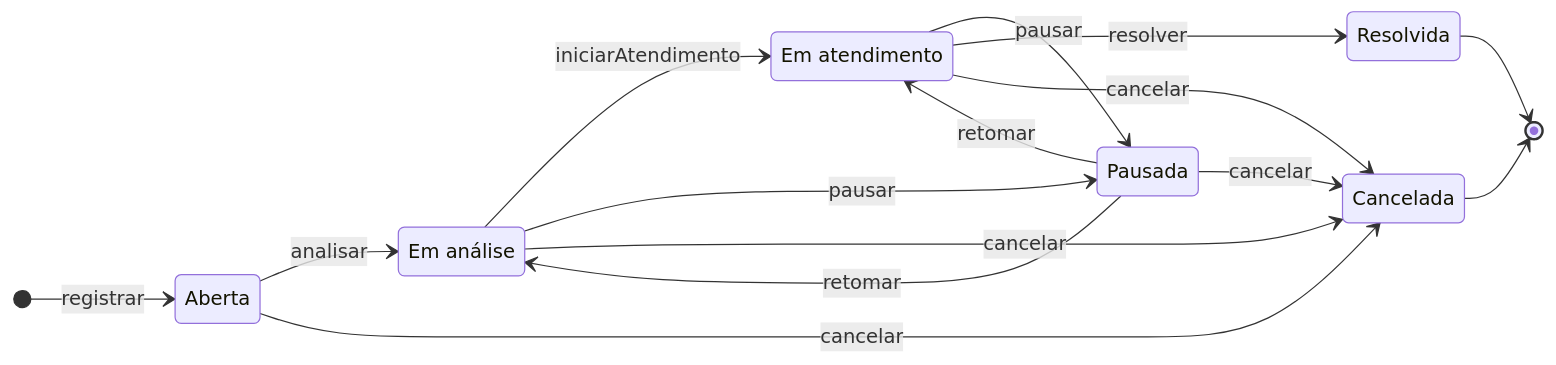
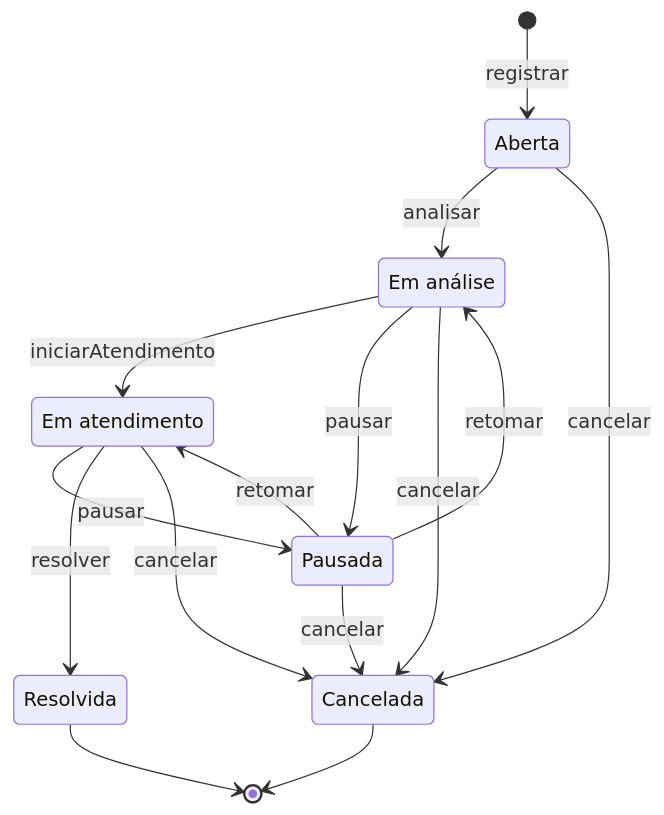
The diagram in docs/dominio.md (natanjunior/8FSDT-Hackathon), drawn with Mermaid before and after one commit. The commit also changed other lines of this file and 8 other files, not shown here.

````diff
--- a/docs/dominio.md
+++ b/docs/dominio.md
@@ -27,20 +27,20 @@
 ```mermaid
 stateDiagram-v2
-    direction LR
+    direction TB
     [*] --> Aberta: registrar
     Aberta --> EmAnalise: analisar
     EmAnalise --> EmAtendimento: iniciarAtendimento
     EmAnalise --> Pausada: pausar
     EmAtendimento --> Pausada: pausar
     Pausada --> EmAnalise: retomar
     Pausada --> EmAtendimento: retomar
     EmAtendimento --> Resolvida: resolver
     Aberta --> Cancelada: cancelar
     EmAnalise --> Cancelada: cancelar
     EmAtendimento --> Cancelada: cancelar
     Pausada --> Cancelada: cancelar
     Resolvida --> [*]
     Cancelada --> [*]
     EmAnalise: Em análise
     EmAtendimento: Em atendimento
 ```
````
